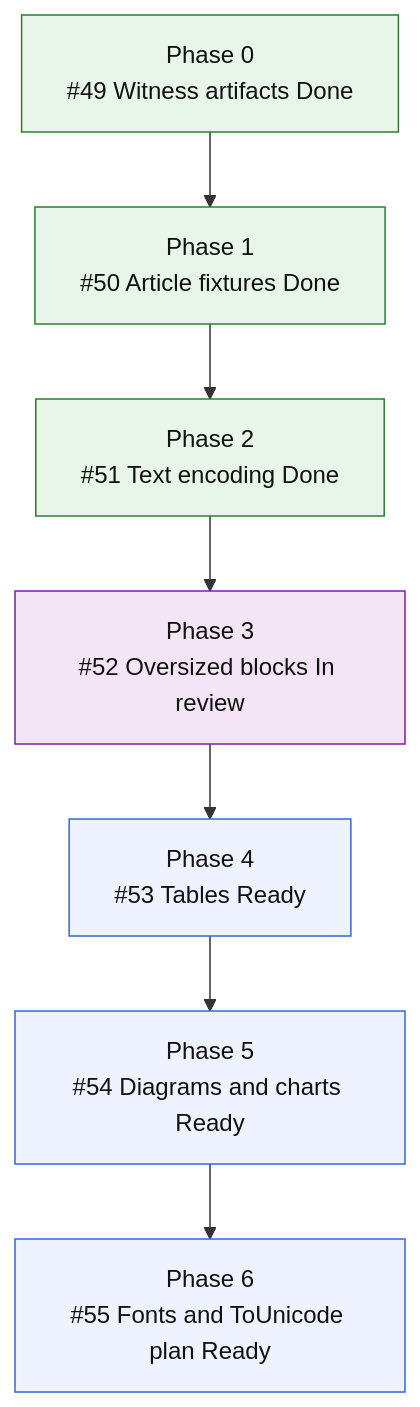
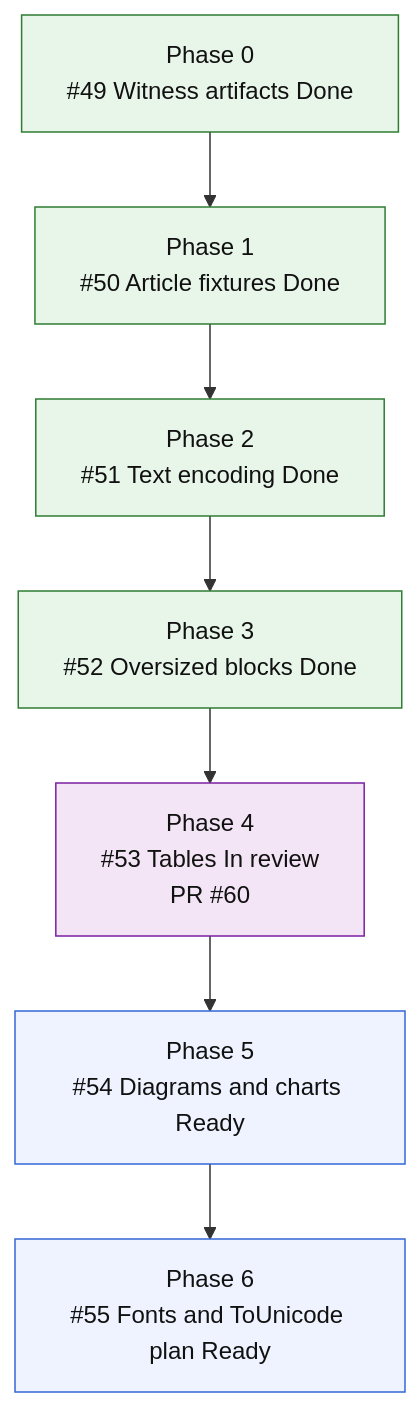
Before and after one commit to mihaelamj/MarkdownPDF: the second of 2 diagrams in README.md, drawn with Mermaid. The commit also changed 4 other files, not shown here.

````diff
--- a/README.md
+++ b/README.md
@@ -212,22 +212,23 @@
 ```mermaid
 flowchart TD
     F0["Phase 0<br/>#49 Witness artifacts Done"]
     F1["Phase 1<br/>#50 Article fixtures Done"]
     F2["Phase 2<br/>#51 Text encoding Done"]
-    F3["Phase 3<br/>#52 Oversized blocks In review"]
-    F4["Phase 4<br/>#53 Tables Ready"]
+    F3["Phase 3<br/>#52 Oversized blocks Done"]
+    F4["Phase 4<br/>#53 Tables In review<br/>PR #60"]
     F5["Phase 5<br/>#54 Diagrams and charts Ready"]
     F6["Phase 6<br/>#55 Fonts and ToUnicode plan Ready"]
 
     F0 --> F1 --> F2 --> F3 --> F4 --> F5 --> F6
 
     classDef done fill:#e8f5e9,stroke:#2e7d32,color:#111;
     classDef active fill:#e3f2fd,stroke:#1565c0,color:#111;
     classDef review fill:#f3e5f5,stroke:#7b1fa2,color:#111;
     classDef next fill:#fff8e1,stroke:#f9a825,color:#111;
     classDef todo fill:#eef3ff,stroke:#3367d6,color:#111;
     class F0,F1 done;
     class F2 done;
-    class F3 review;
-    class F4,F5,F6 todo;
+    class F3 done;
+    class F4 review;
+    class F5,F6 todo;
 ```
````
